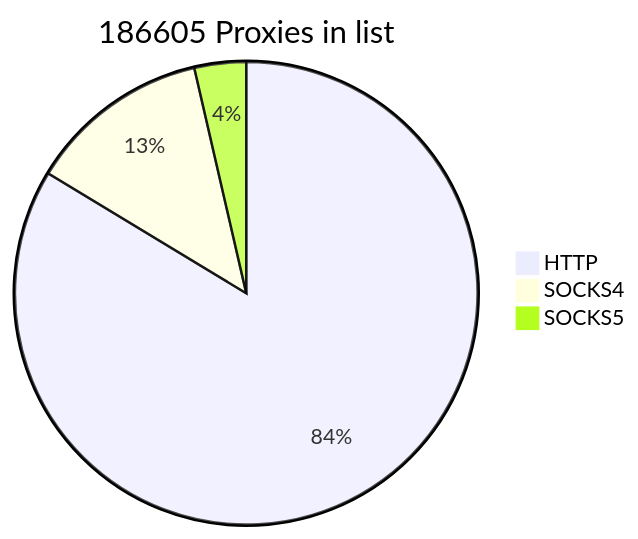
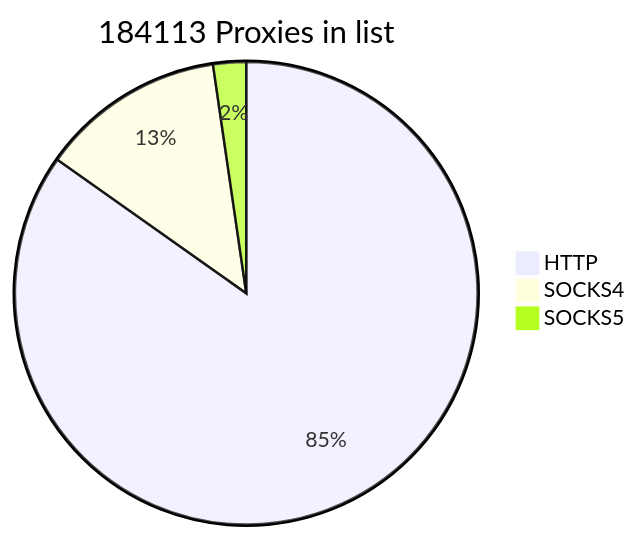
Before and after one commit to cutipu/proxylist: the first of 2 diagrams in README.md, drawn with Mermaid. The commit also changed other lines of this file, not shown here.

````diff
--- a/README.md
+++ b/README.md
@@ -2,7 +2,7 @@
 ```mermaid
-pie title 186605 Proxies in list
+pie title 184113 Proxies in list
     "HTTP" : 156125
-    "SOCKS4" : 23749
-    "SOCKS5" : 6731
+    "SOCKS4" : 23748
+    "SOCKS5" : 4240
             
 ```
````
